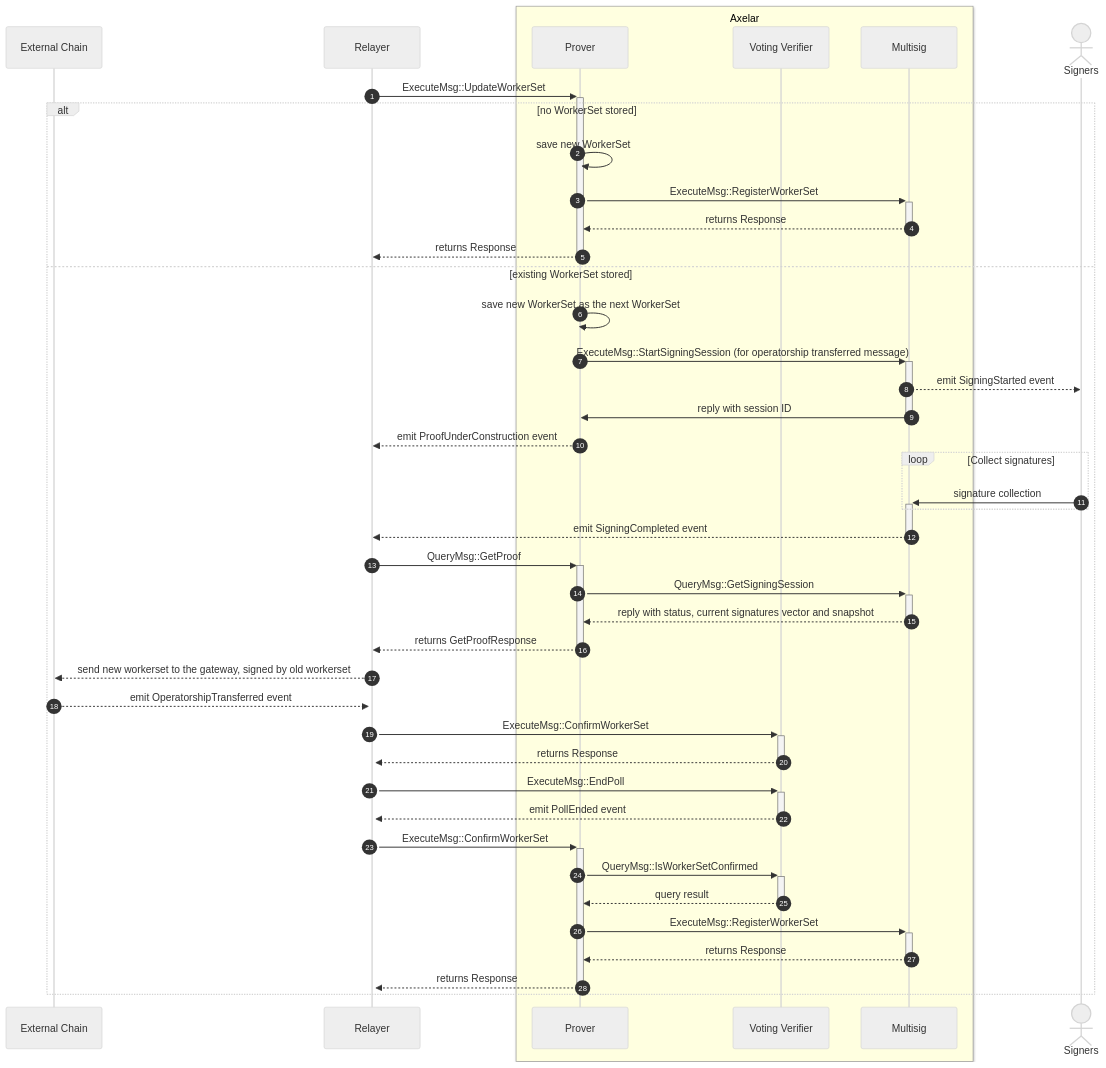
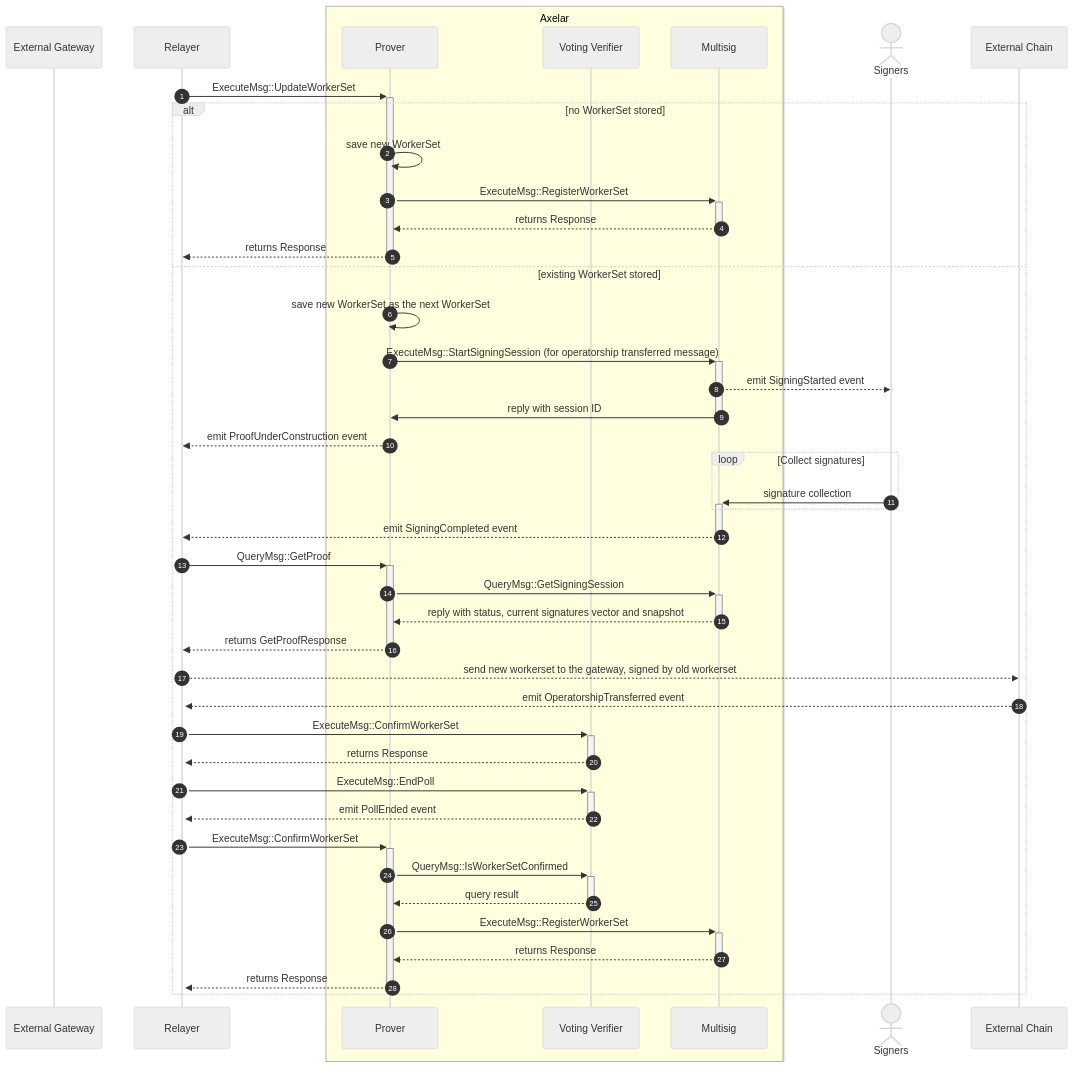
Before and after one commit to axelarnetwork/axelar-amplifier: the fourth of 4 diagrams in doc/src/contracts/multisig_prover.md, drawn with Mermaid (neutral theme).

Commit message:
Rename Chain to Gateway

````diff
--- a/doc/src/contracts/multisig_prover.md
+++ b/doc/src/contracts/multisig_prover.md
@@ -150,45 +150,45 @@
 ```mermaid
 sequenceDiagram
 autonumber
-participant External Chain
+participant External Gateway
 participant Relayer
 box LightYellow Axelar
 participant Prover
 participant Voting Verifier
 participant Multisig
 end
 actor Signers
 Relayer->>+Prover: ExecuteMsg::UpdateWorkerSet
 alt no WorkerSet stored
   Prover->>Prover: save new WorkerSet
   Prover->>+Multisig: ExecuteMsg::RegisterWorkerSet
   Multisig-->>-Prover: returns Response
   Prover-->>-Relayer: returns Response
 else existing WorkerSet stored
   Prover->>Prover: save new WorkerSet as the next WorkerSet
   Prover->>+Multisig: ExecuteMsg::StartSigningSession (for operatorship transferred message)
   Multisig-->>Signers: emit SigningStarted event
   Multisig->>-Prover: reply with session ID
   Prover-->>Relayer: emit ProofUnderConstruction event
   loop Collect signatures
 	  Signers->>+Multisig: signature collection
   end
   Multisig-->>-Relayer: emit SigningCompleted event
   Relayer->>+Prover: QueryMsg::GetProof
   Prover->>+Multisig: QueryMsg::GetSigningSession
   Multisig-->>-Prover: reply with status, current signatures vector and snapshot
   Prover-->>-Relayer: returns GetProofResponse
   Relayer-->>External Chain: send new workerset to the gateway, signed by old workerset
   External Chain-->>+Relayer: emit OperatorshipTransferred event
   Relayer->>+Voting Verifier: ExecuteMsg::ConfirmWorkerSet
   Voting Verifier-->>-Relayer: returns Response
   Relayer->>+Voting Verifier: ExecuteMsg::EndPoll
   Voting Verifier-->>-Relayer: emit PollEnded event
   Relayer->>+Prover: ExecuteMsg::ConfirmWorkerSet
   Prover->>+Voting Verifier: QueryMsg::IsWorkerSetConfirmed
   Voting Verifier-->>-Prover: query result
   Prover->>+Multisig: ExecuteMsg::RegisterWorkerSet
   Multisig-->>-Prover: returns Response
   Prover-->>-Relayer: returns Response
 end
 ```
````
